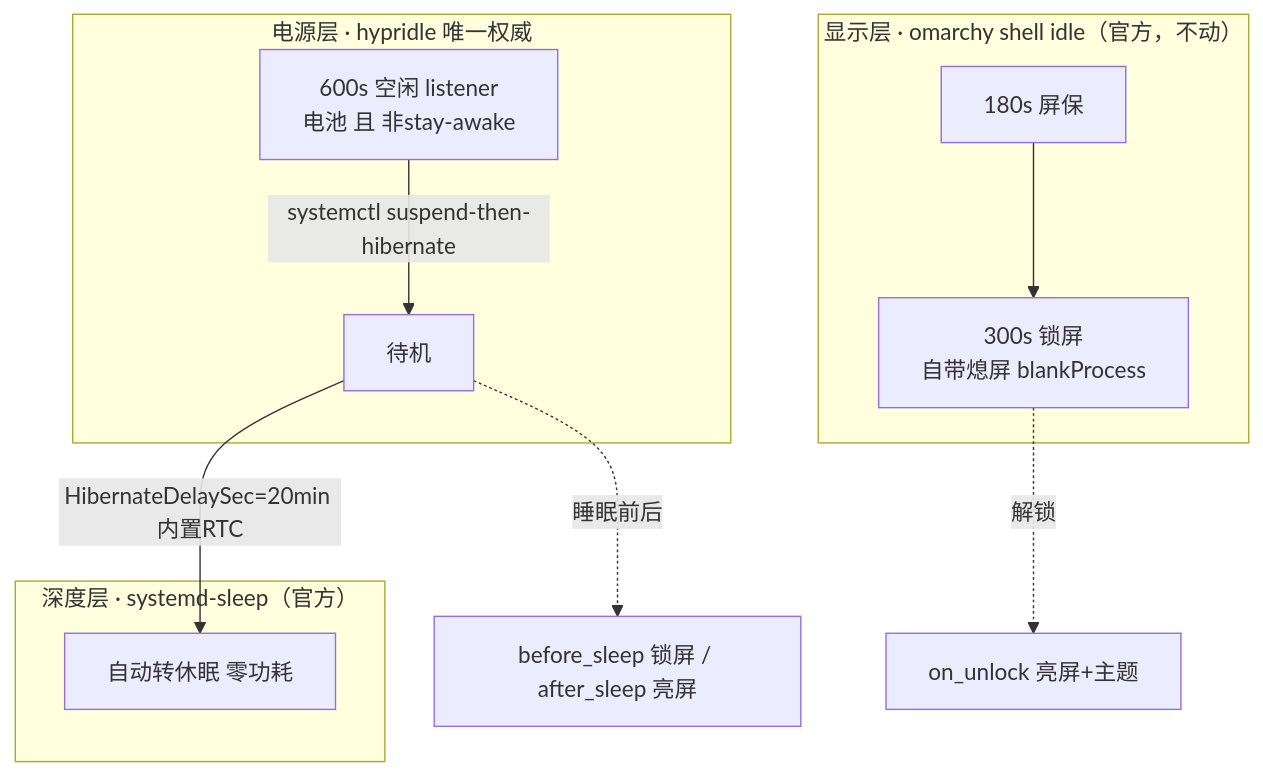
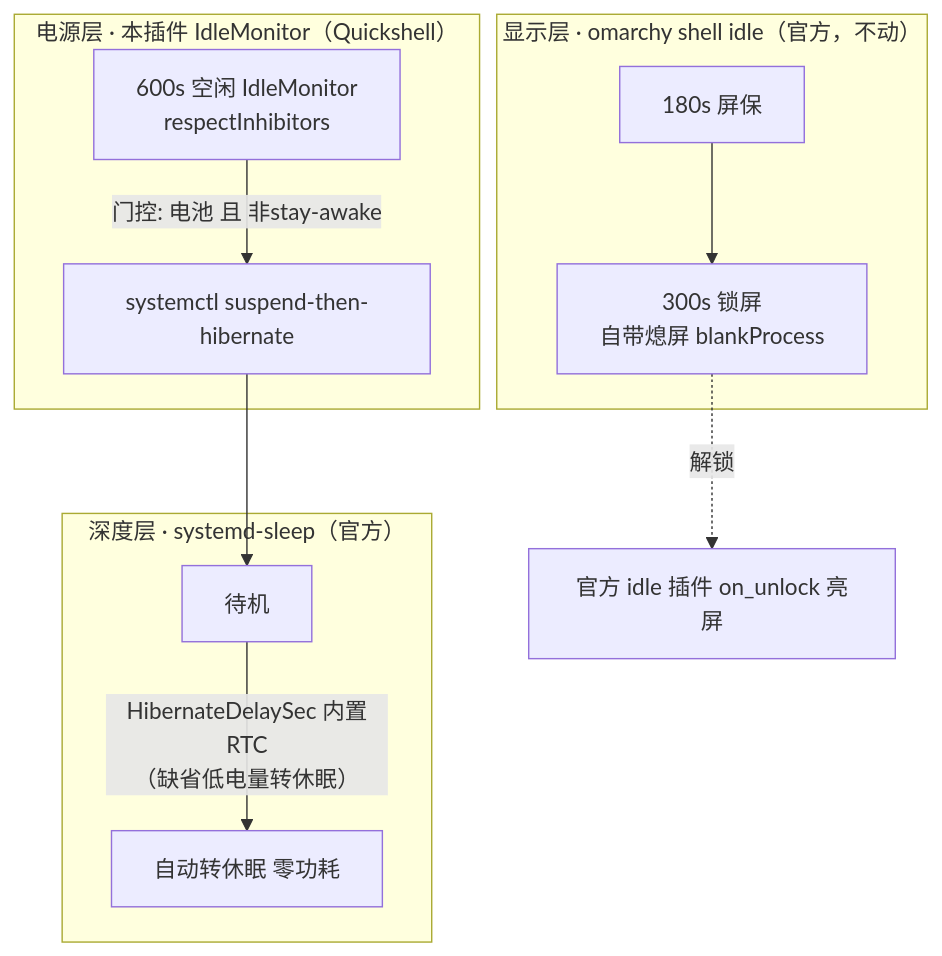
The diagram in DESIGN.md (jfdnet/omarchy-auto-power), drawn with Mermaid before and after one commit. The commit also changed other lines of this file and 5 other files, not shown here.

````diff
--- a/DESIGN.md
+++ b/DESIGN.md
@@ -27,14 +27,14 @@
 ```mermaid
 graph TD
     subgraph 显示层["显示层 · omarchy shell idle（官方，不动）"]
         A[180s 屏保] --> B[300s 锁屏<br/>自带熄屏 blankProcess]
     end
-    subgraph 电源层["电源层 · hypridle 唯一权威"]
-        C[600s 空闲 listener<br/>电池 且 非stay-awake] -->|systemctl suspend-then-hibernate| D[待机]
+    subgraph 电源层["电源层 · 本插件 IdleMonitor（Quickshell）"]
+        C[600s 空闲 IdleMonitor<br/>respectInhibitors] -->|门控: 电池 且 非stay-awake| H[systemctl suspend-then-hibernate]
     end
+    H --> D[待机]
     subgraph 深度层["深度层 · systemd-sleep（官方）"]
-        D -->|HibernateDelaySec=20min 内置RTC| E[自动转休眠 零功耗]
+        D -->|HibernateDelaySec 内置RTC<br/>（缺省低电量转休眠）| E[自动转休眠 零功耗]
     end
-    B -.->|解锁| F[on_unlock 亮屏+主题]
-    D -.->|睡眠前后| G[before_sleep 锁屏 / after_sleep 亮屏]
+    B -.->|解锁| F[官方 idle 插件 on_unlock 亮屏]
 ```
````
